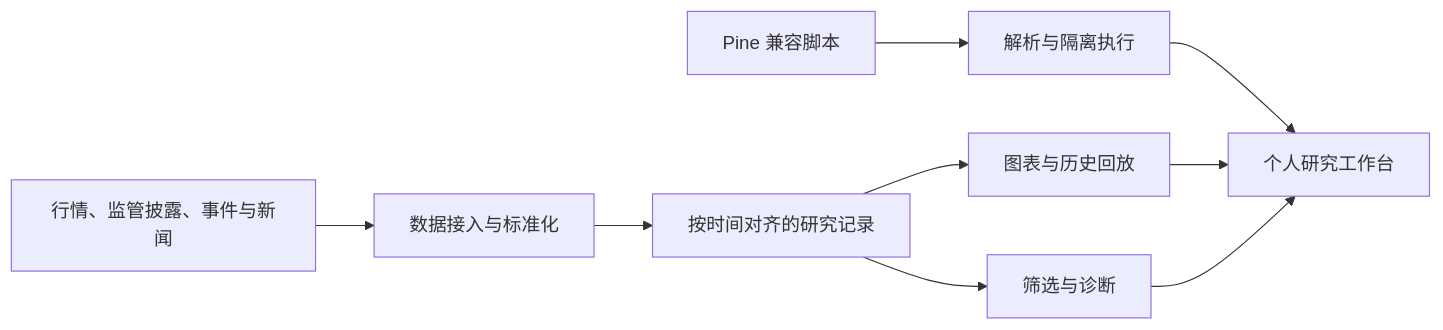
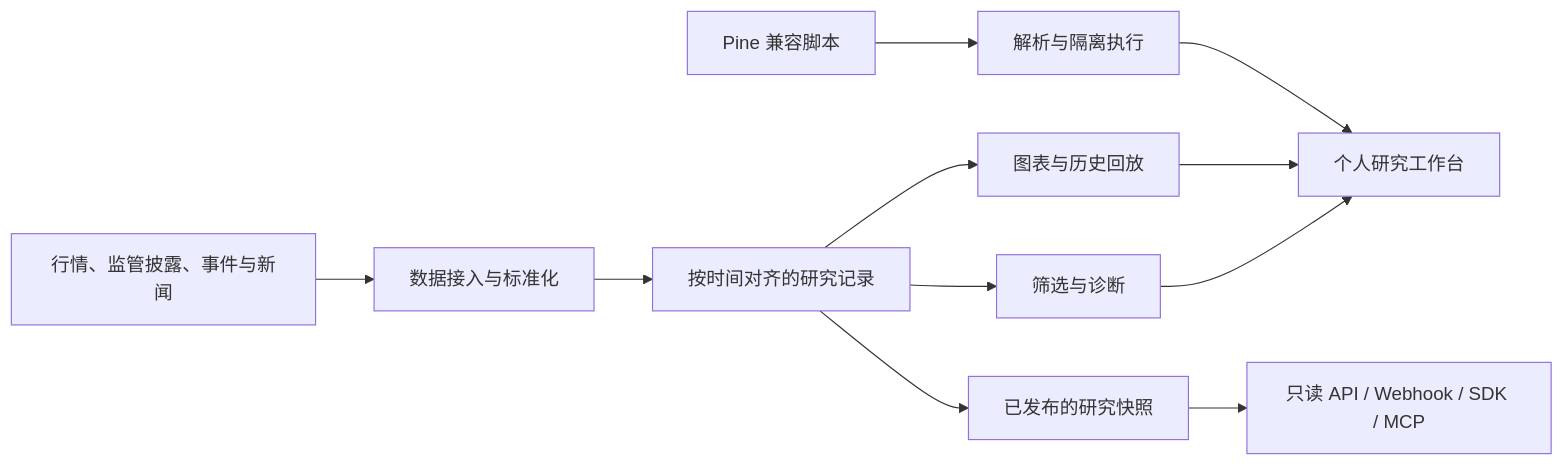
One commit to kuangyongjie/nuvexlens changed the diagram in README_ZH.md. Above: the diagram before and after it, drawn with Mermaid. The commit also changed other lines of this file and 2 other files, not shown here.

````diff
--- a/README_ZH.md
+++ b/README_ZH.md
@@ -27,11 +27,13 @@
 ```mermaid
 flowchart LR
     Sources[行情、监管披露、事件与新闻] --> Ingest[数据接入与标准化]
     Ingest --> Research[按时间对齐的研究记录]
     Research --> Chart[图表与历史回放]
     Research --> Screen[筛选与诊断]
+    Research --> Snapshot[已发布的研究快照]
+    Snapshot --> Interfaces[只读 API / Webhook / SDK / MCP]
     Scripts[Pine 兼容脚本] --> Sandbox[解析与隔离执行]
     Sandbox --> Workspace[个人研究工作台]
     Chart --> Workspace
     Screen --> Workspace
 ```
````
